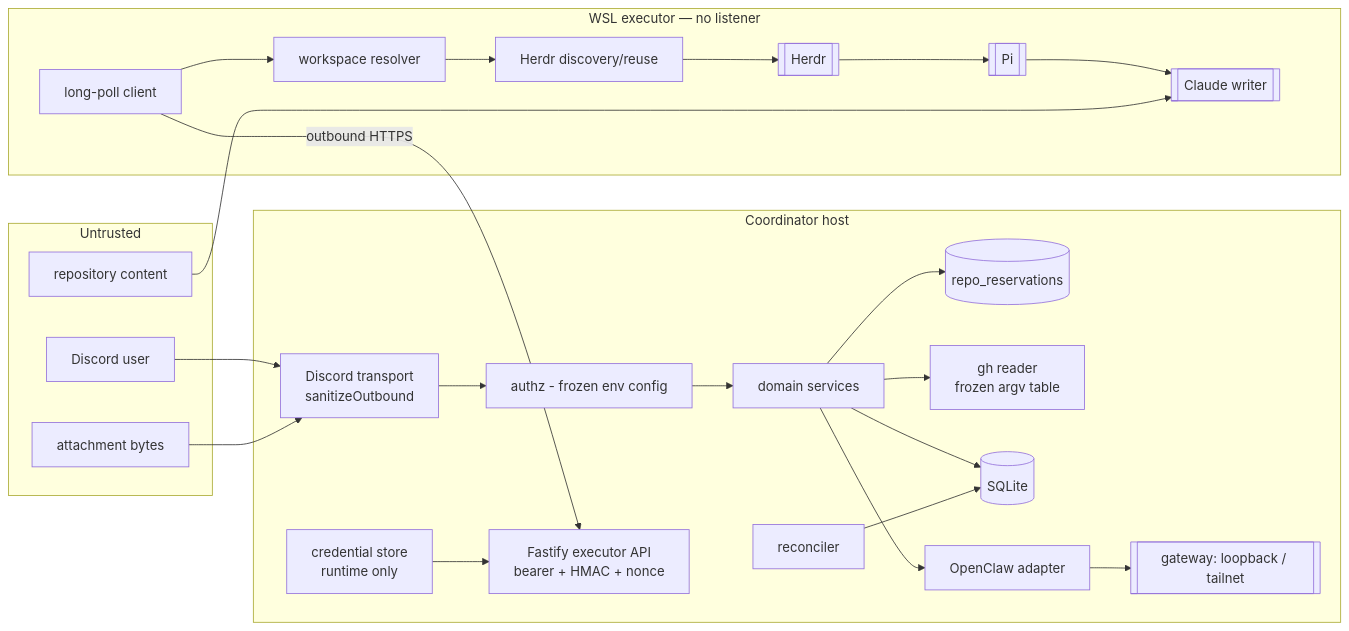
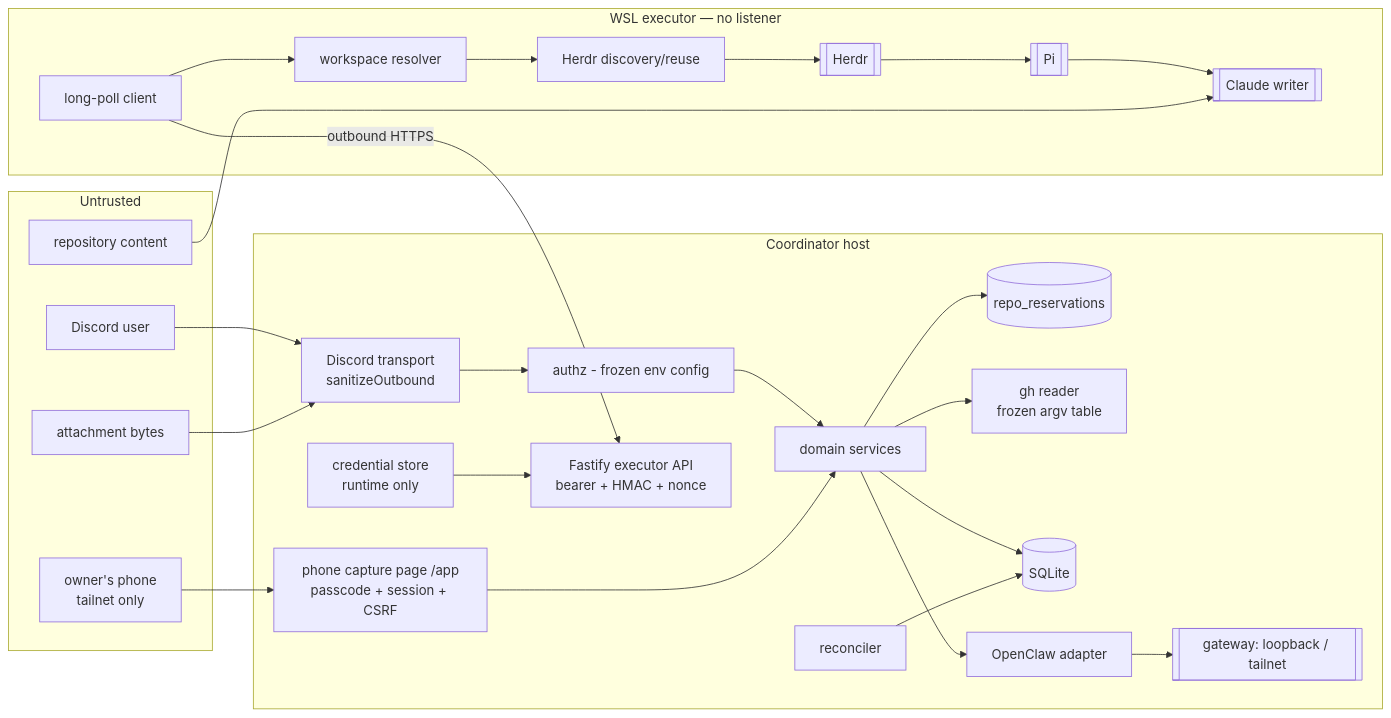
Before and after one commit to duckycodess/ducky-bot: the first of 5 diagrams in docs/ARCHITECTURE.md, drawn with Mermaid. The commit also changed other lines of this file and 15 other files, not shown here.

````diff
--- a/docs/ARCHITECTURE.md
+++ b/docs/ARCHITECTURE.md
@@ -5,36 +5,39 @@
 ```mermaid
 flowchart LR
   subgraph U["Untrusted"]
     D[Discord user]
+    PH[owner's phone<br/>tailnet only]
     ATT[attachment bytes]
     REPO[repository content]
   end
   subgraph AZ["Coordinator host"]
     TR[Discord transport<br/>sanitizeOutbound]
     AUTH[authz - frozen env config]
     API[Fastify executor API<br/>bearer + HMAC + nonce]
+    PHN[phone capture page /app<br/>passcode + session + CSRF]
     CRED[credential store<br/>runtime only]
     DOM[domain services]
     RSV[(repo_reservations)]
     GH[gh reader<br/>frozen argv table]
     DB[(SQLite)]
     REC[reconciler]
     OC[OpenClaw adapter] --> OCG[[gateway: loopback / tailnet]]
   end
   subgraph W["WSL executor — no listener"]
     EX[long-poll client]
     WSR[workspace resolver]
     HRD[Herdr discovery/reuse]
     H[[Herdr]] --> PI[[Pi]] --> CC[[Claude writer]]
   end
   D --> TR --> AUTH --> DOM --> DB
+  PH --> PHN --> DOM
   ATT --> TR
   DOM --> RSV
   DOM --> GH
   DOM --> OC
   REC --> DB
   EX -->|outbound HTTPS| API
   CRED --> API
   EX --> WSR --> HRD --> H
   REPO --> CC
 ```
````
